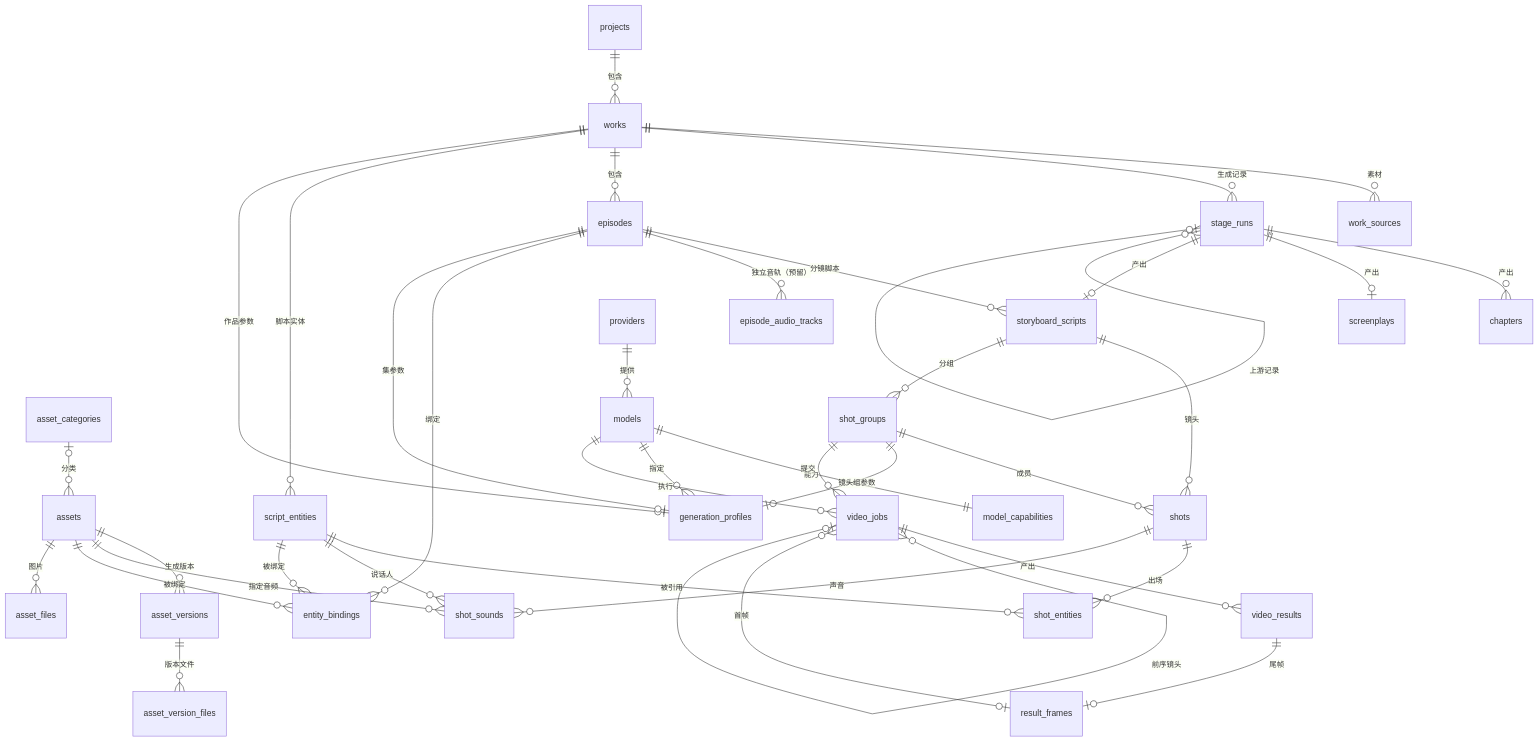
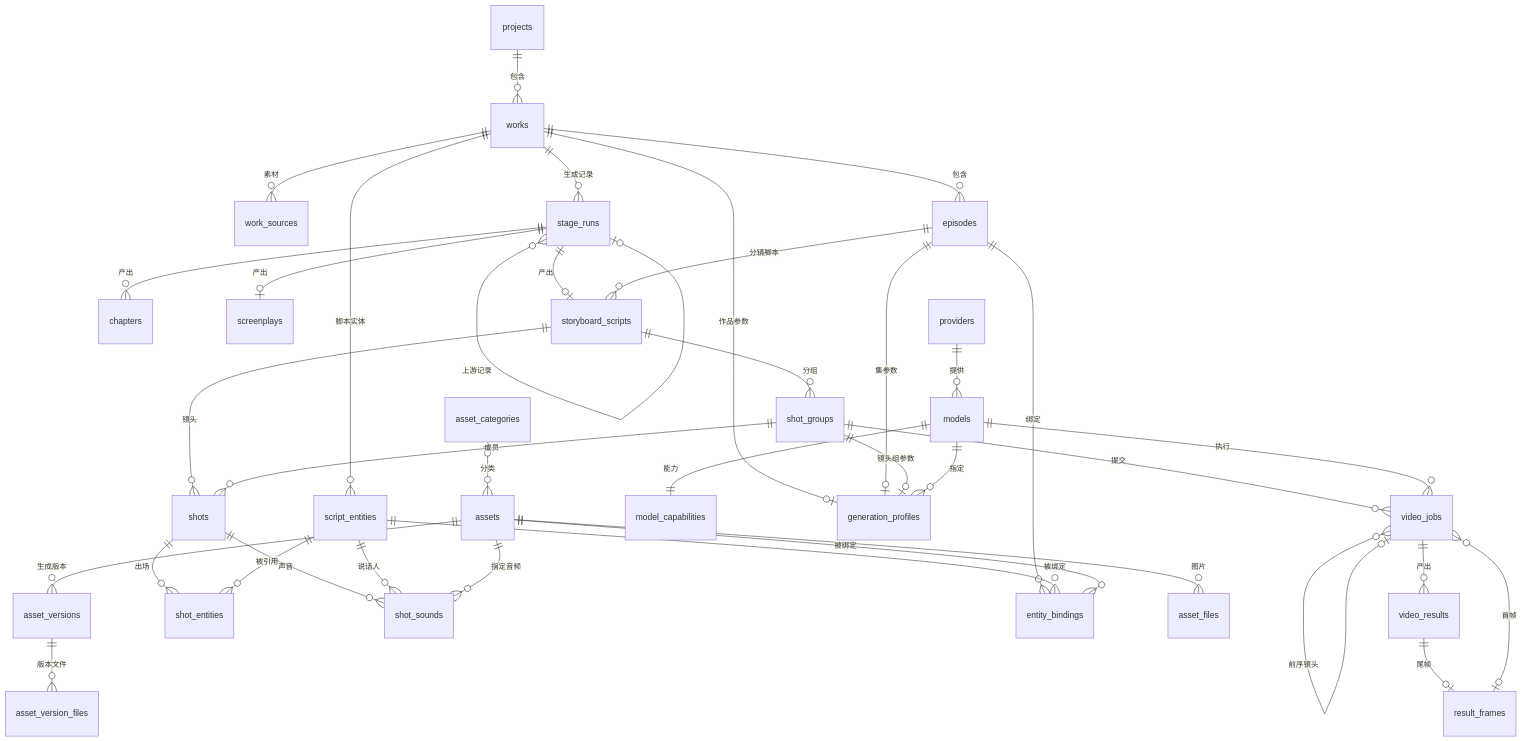
One commit to sengbin/ai-video-studio changed the diagram in docs/database-design.md. Above: the diagram before and after it, drawn with Mermaid. The commit also changed other lines of this file and 31 other files, not shown here.

First line of the commit message:
新增指定图片作首帧，取消独立音轨，同步文档

````diff
--- a/docs/database-design.md
+++ b/docs/database-design.md
@@ -58,41 +57,40 @@
 ```mermaid
 erDiagram
   projects ||--o{ works : 包含
   works ||--o{ work_sources : 素材
   works ||--o{ stage_runs : 生成记录
   works ||--o{ episodes : 包含
   works ||--o{ script_entities : 脚本实体
   stage_runs ||--o{ chapters : 产出
   stage_runs ||--o| screenplays : 产出
   stage_runs ||--o| storyboard_scripts : 产出
   stage_runs }o--o| stage_runs : 上游记录
   assets ||--o{ asset_versions : 生成版本
   asset_categories |o--o{ assets : 分类
   asset_versions ||--o{ asset_version_files : 版本文件
   episodes ||--o{ storyboard_scripts : 分镜脚本
   storyboard_scripts ||--o{ shots : 镜头
   storyboard_scripts ||--o{ shot_groups : 分组
   shot_groups ||--o{ shots : 成员
   shots ||--o{ shot_entities : 出场
   script_entities ||--o{ shot_entities : 被引用
   shots ||--o{ shot_sounds : 声音
   script_entities ||--o{ shot_sounds : 说话人
   assets ||--o{ shot_sounds : 指定音频
-  episodes ||--o{ episode_audio_tracks : 独立音轨（预留）
   episodes ||--o{ entity_bindings : 绑定
   script_entities ||--o{ entity_bindings : 被绑定
   assets ||--o{ entity_bindings : 被绑定
   assets ||--o{ asset_files : 图片
   providers ||--o{ models : 提供
   models ||--|| model_capabilities : 能力
   works ||--o| generation_profiles : 作品参数
   episodes ||--o| generation_profiles : 集参数
   shot_groups ||--o| generation_profiles : 镜头组参数
   models ||--o{ generation_profiles : 指定
   shot_groups ||--o{ video_jobs : 提交
   models ||--o{ video_jobs : 执行
   video_jobs ||--o{ video_results : 产出
   video_jobs }o--o| video_jobs : 前序镜头
   video_results ||--o| result_frames : 尾帧
   video_jobs }o--o| result_frames : 首帧
 ```
````
